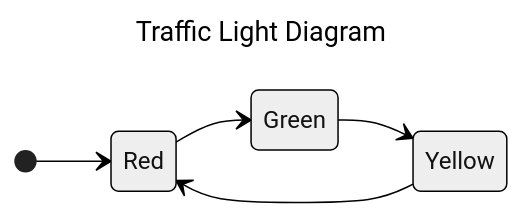
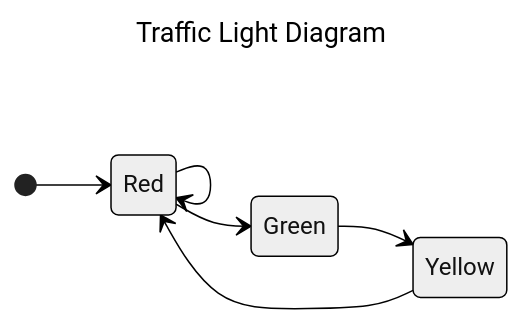
The second of 6 diagrams in COMP3153/System Model - Vinayak Fialok.md (VinayakFia/Obsidian), drawn with Mermaid (neutral theme) before and after one commit. The commit also changed other lines of this file, not shown here.

````diff
--- a/COMP3153/System Model - Vinayak Fialok.md
+++ b/COMP3153/System Model - Vinayak Fialok.md
@@ -44,11 +46,12 @@
 ```mermaid
 ---
 title: Traffic Light Diagram
 ---
 stateDiagram-v2
 	direction LR
 	[*] --> Red
+	Red --> Red
 	Red --> Green
 	Green --> Yellow
 	Yellow --> Red
 ```
````
